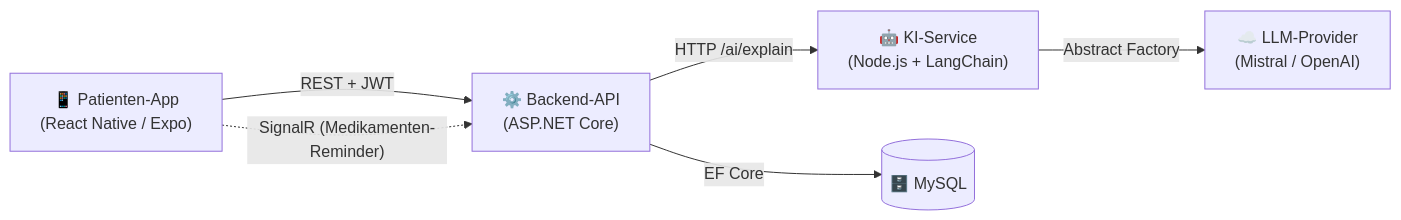
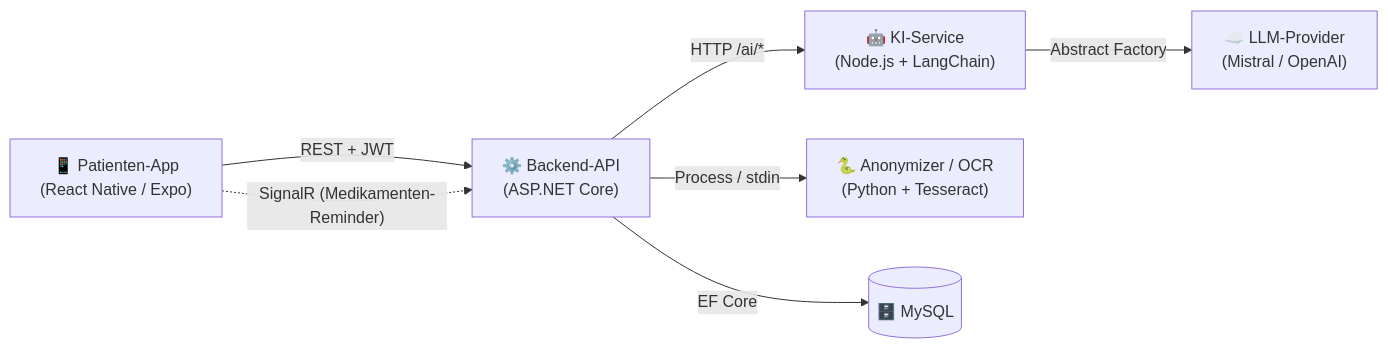
The first of 3 diagrams in docs/Projektdokumentation.md (anika4444/Fehldiagnosen), drawn with Mermaid before and after one commit. The commit also changed other lines of this file, not shown here.

Commit message:
docs: Doku auf aktuellen Stand gebracht (Checkup, Diagnose-Screen, OCR, Anonymizer, Arztbrief-KI)

````diff
--- a/docs/Projektdokumentation.md
+++ b/docs/Projektdokumentation.md
@@ -23,14 +25,16 @@
 ```mermaid
 flowchart LR
     APP["📱 Patienten-App\n(React Native / Expo)"]
     API["⚙️ Backend-API\n(ASP.NET Core)"]
     AI["🤖 KI-Service\n(Node.js + LangChain)"]
+    PY["🐍 Anonymizer / OCR\n(Python + Tesseract)"]
     DB[("🗄️ MySQL")]
     LLM["☁️ LLM-Provider\n(Mistral / OpenAI)"]
 
     APP -- "REST + JWT" --> API
     APP -. "SignalR (Medikamenten-Reminder)" .-> API
     API -- "EF Core" --> DB
-    API -- "HTTP /ai/explain" --> AI
+    API -- "Process / stdin" --> PY
+    API -- "HTTP /ai/*" --> AI
     AI -- "Abstract Factory" --> LLM
 ```
````
